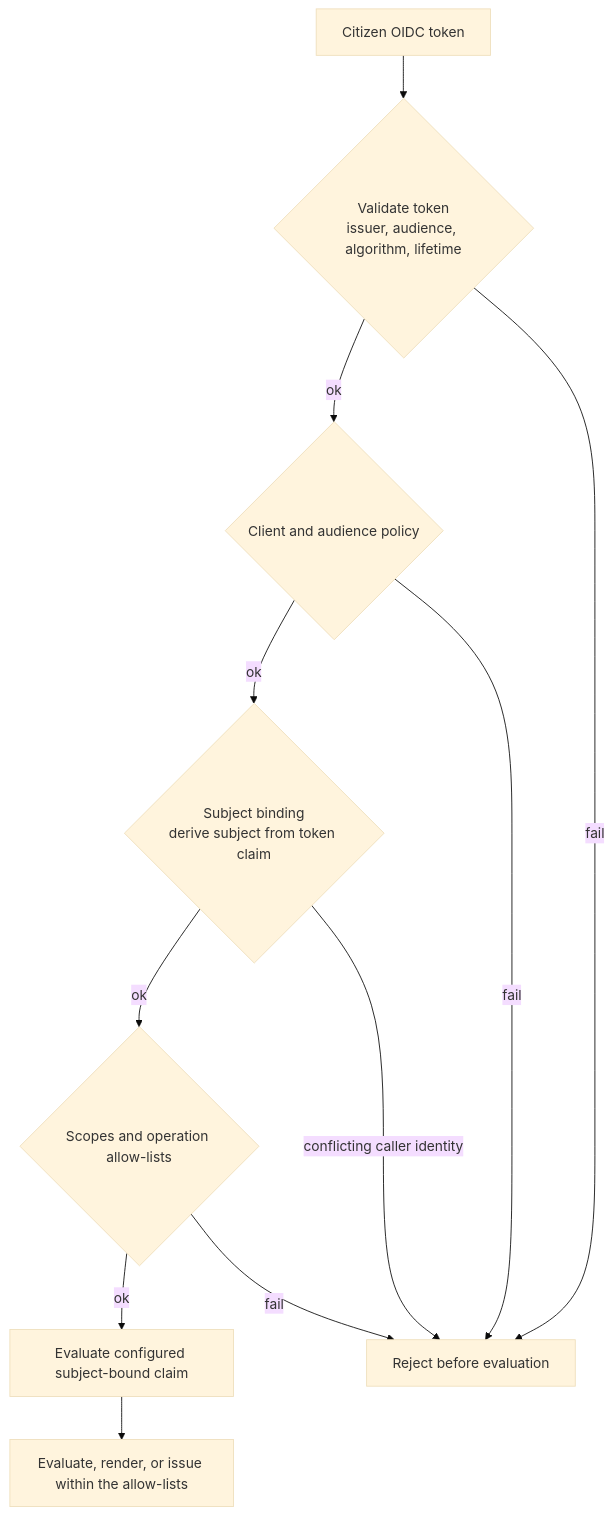
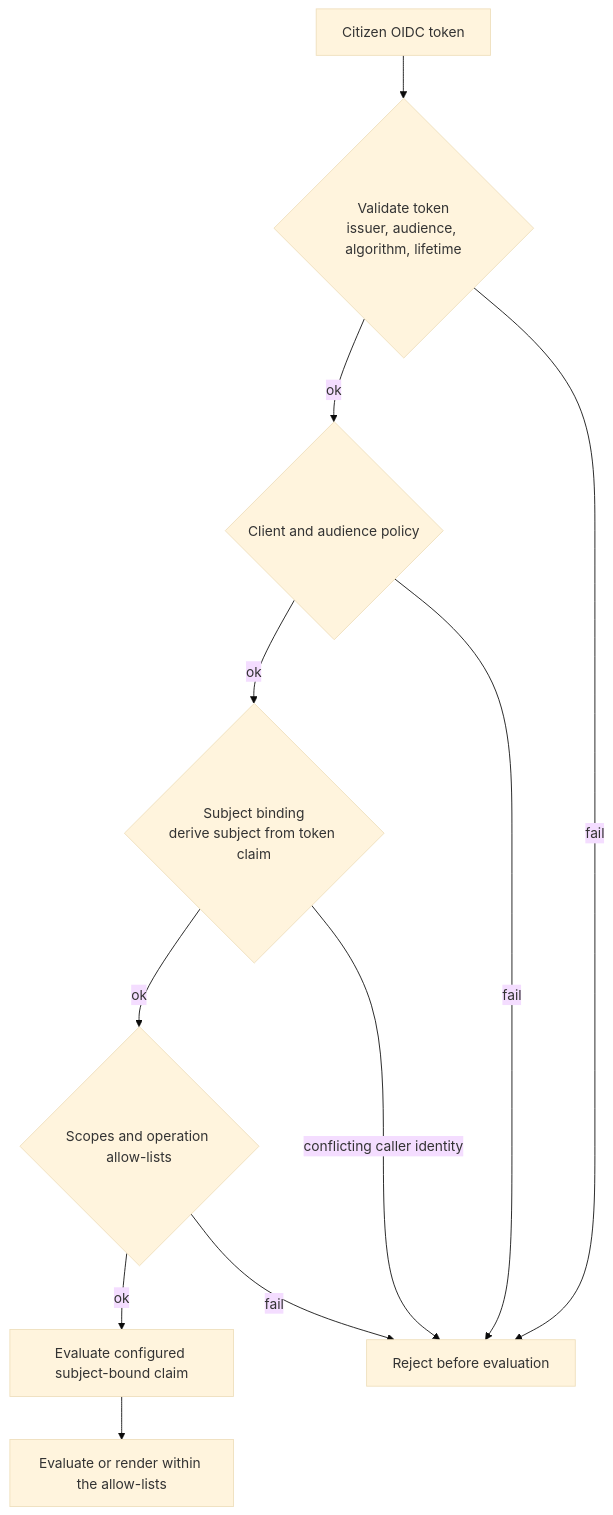
One commit to registrystack/registry-stack changed the diagram in products/notary/docs/self-attestation-operator-guide.md. Above: the diagram before and after it, drawn with Mermaid (base theme). The commit also changed other lines of this file and 272 other files, not shown here.

````diff
--- a/products/notary/docs/self-attestation-operator-guide.md
+++ b/products/notary/docs/self-attestation-operator-guide.md
@@ -26,14 +32,14 @@
 ```mermaid
 flowchart TD
   Tok["Citizen OIDC token"] --> V{"Validate token<br/>issuer, audience, algorithm, lifetime"}
   V -- "ok" --> C{"Client and audience policy"}
   C -- "ok" --> S{"Subject binding<br/>derive subject from token claim"}
   S -- "ok" --> Sc{"Scopes and operation allow-lists"}
   Sc -- "ok" --> Bound["Evaluate configured subject-bound claim"]
   Bound --> Op
-  Op["Evaluate, render, or issue within the allow-lists"]
+  Op["Evaluate or render within the allow-lists"]
   V -- "fail" --> X["Reject before evaluation"]
   C -- "fail" --> X
   S -- "conflicting caller identity" --> X
   Sc -- "fail" --> X
 ```
````
